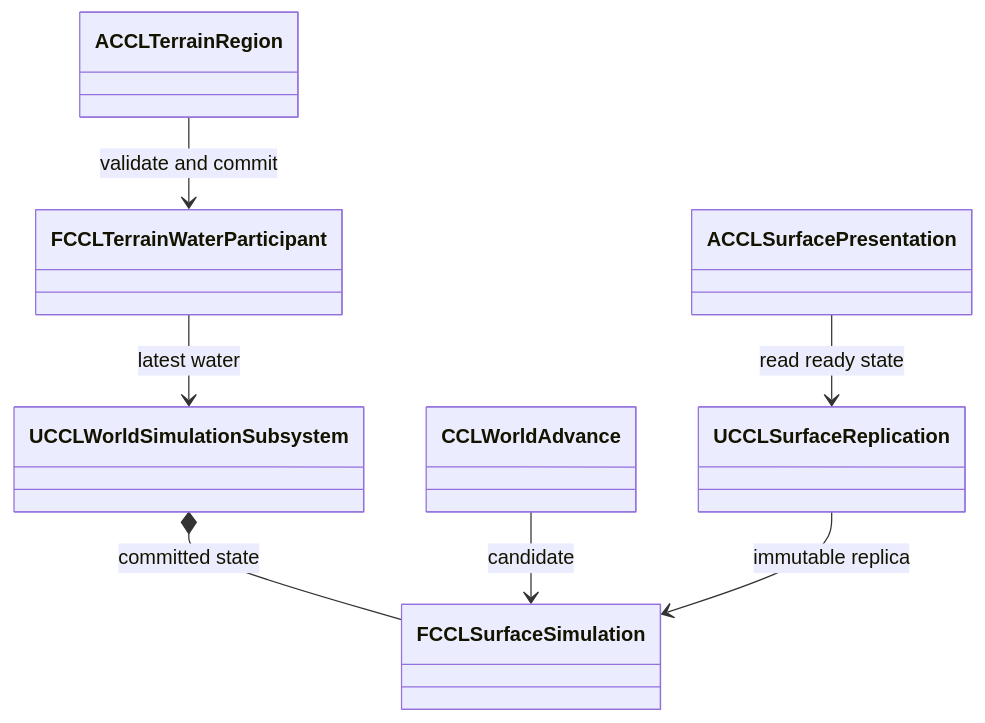
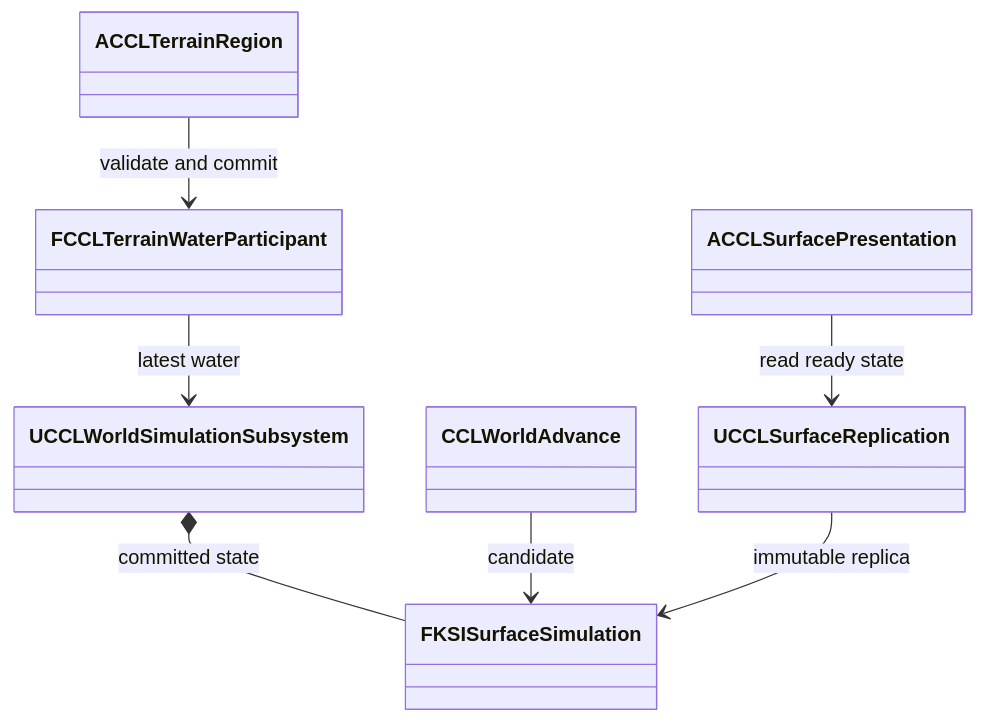
The diagram in Docs/EnvironmentWater.md (kang-sihwon/ccl8), drawn with Mermaid before and after one commit. The commit also changed other lines of this file and 2 other files, not shown here.

````diff
--- a/Docs/EnvironmentWater.md
+++ b/Docs/EnvironmentWater.md
@@ -24,9 +22,9 @@
 ```mermaid
 classDiagram
-    UCCLWorldSimulationSubsystem *-- FCCLSurfaceSimulation : committed state
-    CCLWorldAdvance --> FCCLSurfaceSimulation : candidate
+    UCCLWorldSimulationSubsystem *-- FKSISurfaceSimulation : committed state
+    CCLWorldAdvance --> FKSISurfaceSimulation : candidate
     ACCLTerrainRegion --> FCCLTerrainWaterParticipant : validate and commit
     FCCLTerrainWaterParticipant --> UCCLWorldSimulationSubsystem : latest water
-    UCCLSurfaceReplication --> FCCLSurfaceSimulation : immutable replica
+    UCCLSurfaceReplication --> FKSISurfaceSimulation : immutable replica
     ACCLSurfacePresentation --> UCCLSurfaceReplication : read ready state
 ```
````
